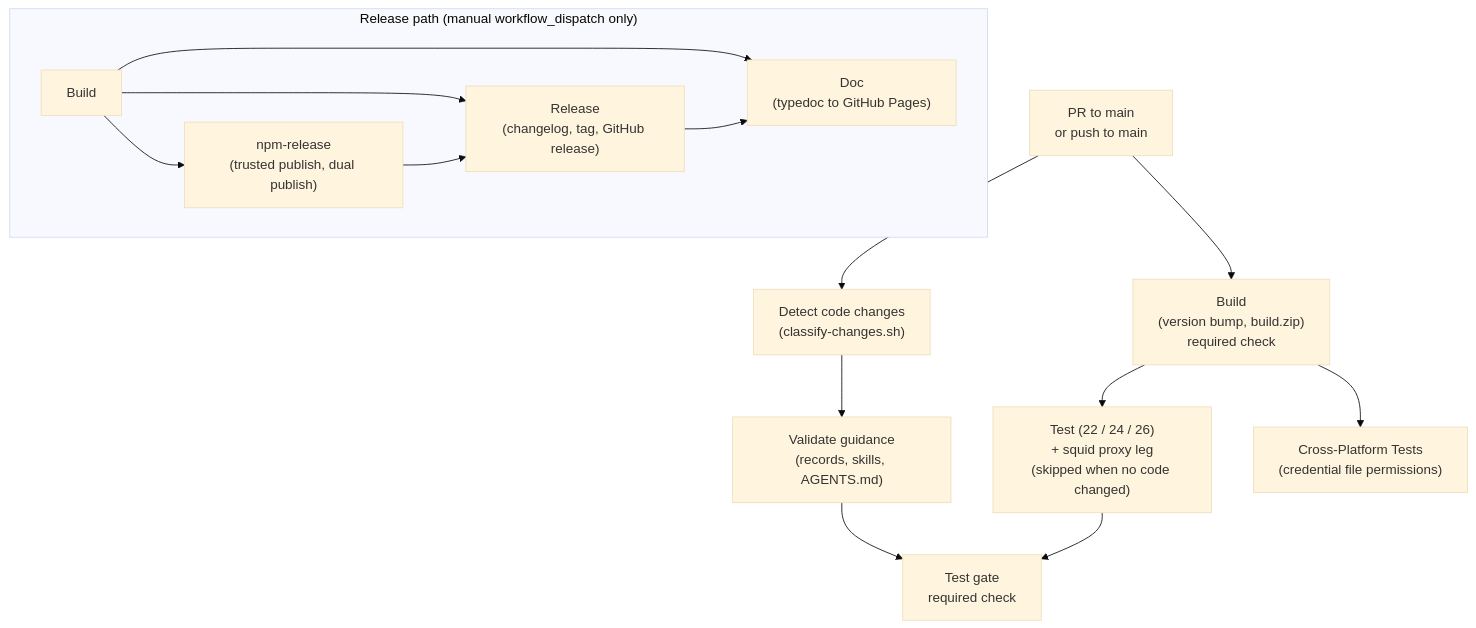
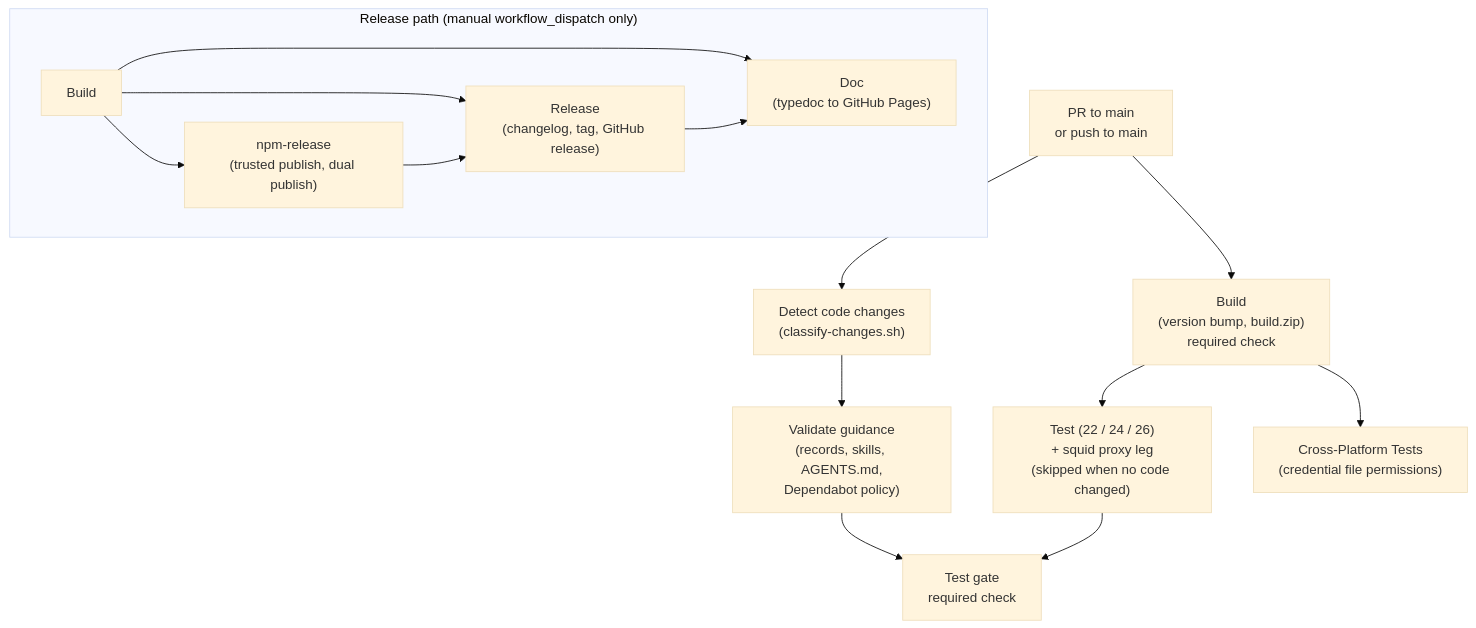
One commit to rockcarver/frodo-lib changed the diagram in PIPELINE.md. Above: the diagram before and after it, drawn with Mermaid (base theme). The commit also changed other lines of this file and 5 other files, not shown here.

First line of the commit message:
ci: run the Dependabot policy tests when only the policy files change

````diff
--- a/PIPELINE.md
+++ b/PIPELINE.md
@@ -14,18 +14,18 @@
 ```mermaid
 flowchart TD
     PR["PR to main<br/>or push to main"] --> CH["Detect code changes<br/>(classify-changes.sh)"]
     PR --> B["Build<br/>(version bump, build.zip)<br/>required check"]
-    CH --> G["Validate guidance<br/>(records, skills, AGENTS.md)"]
+    CH --> G["Validate guidance<br/>(records, skills, AGENTS.md,<br/>Dependabot policy)"]
     B --> T["Test (22 / 24 / 26)<br/>+ squid proxy leg<br/>(skipped when no code changed)"]
     B --> CP["Cross-Platform Tests<br/>(credential file permissions)"]
     T --> TG["Test gate<br/>required check"]
     G --> TG
 
     subgraph RELPATH ["Release path (manual workflow_dispatch only)"]
         B2["Build"] --> NR["npm-release<br/>(trusted publish, dual publish)"]
         B2 --> R["Release<br/>(changelog, tag, GitHub release)"]
         NR --> R
         B2 --> DOC["Doc<br/>(typedoc to GitHub Pages)"]
         R --> DOC
     end
 ```
````
